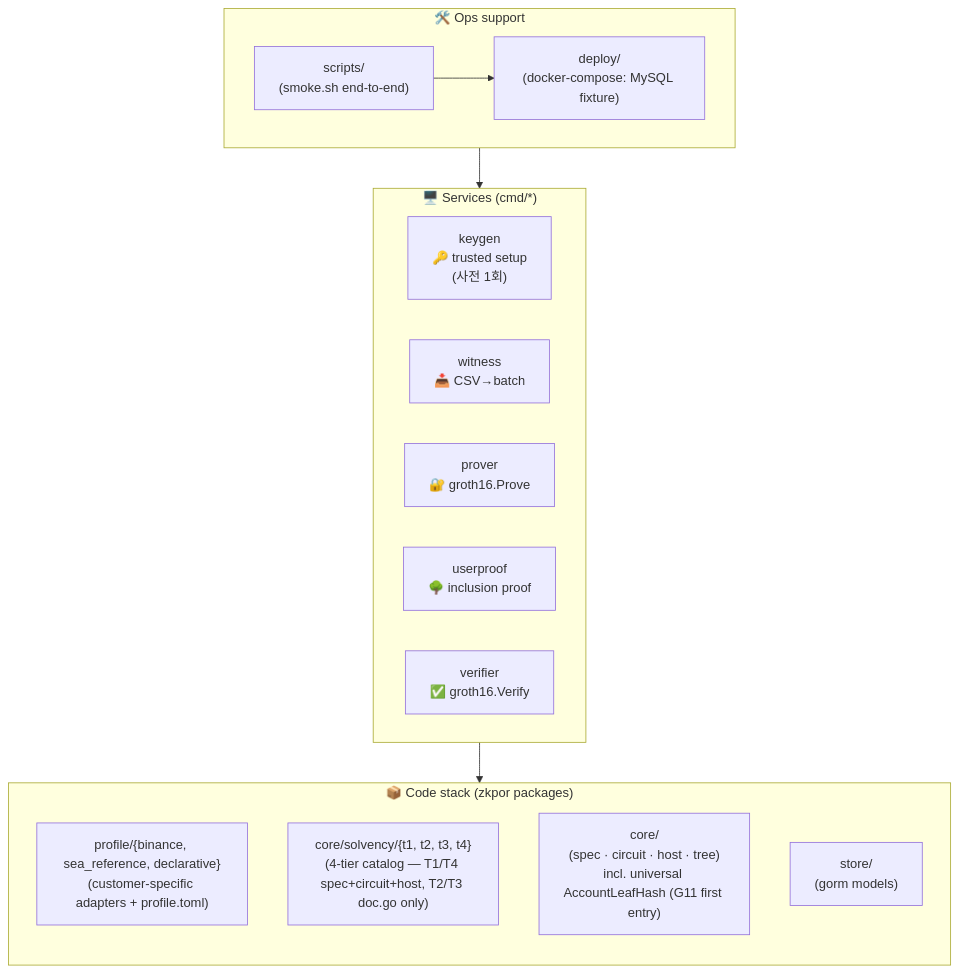
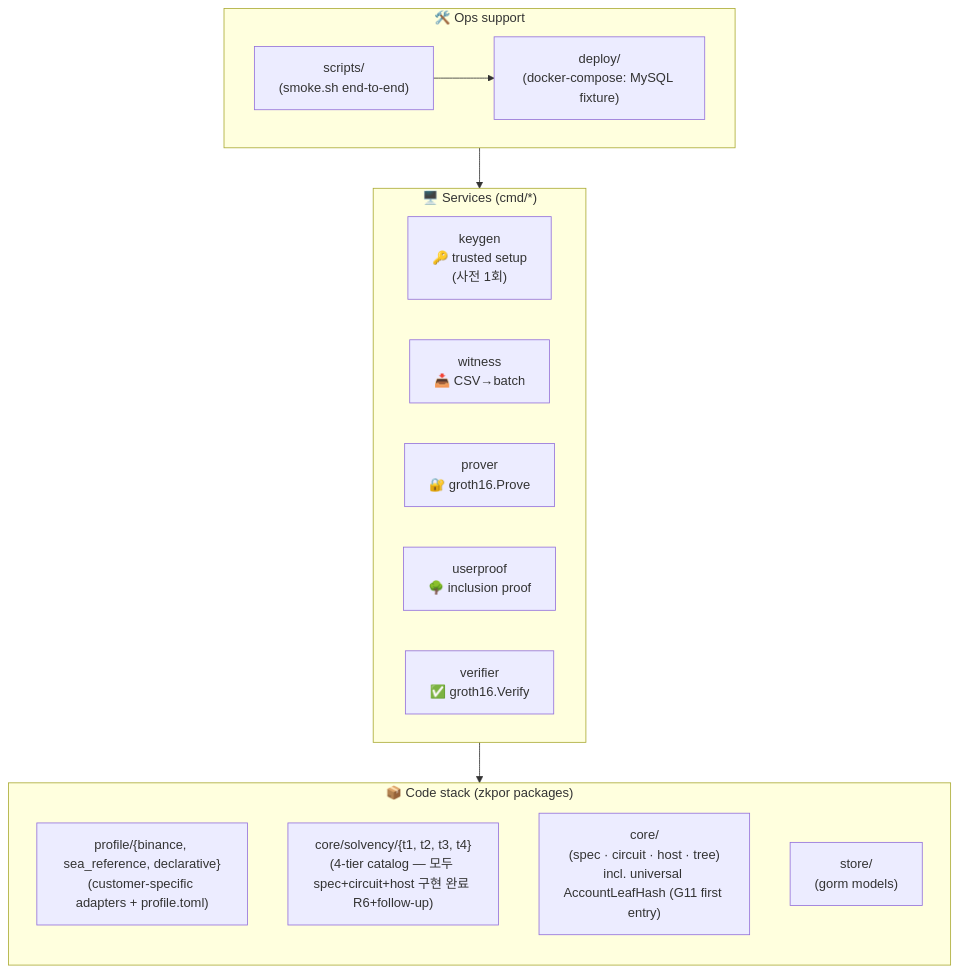
The second of 6 diagrams in docs/03-system-architecture.md (BetweenBits-org/zk-pos-ext), drawn with Mermaid before and after one commit. The commit also changed 4 other files, not shown here.

First line of the commit message:
docs(zkpor): T2/T3 close — 4 model catalog 구현 완료, R7 prep

````diff
--- a/docs/03-system-architecture.md
+++ b/docs/03-system-architecture.md
@@ -43,29 +43,29 @@
 ```mermaid
 flowchart TB
   subgraph Services["🖥️ Services (cmd/*)"]
     direction LR
     K["keygen<br/>🔑 trusted setup<br/>(사전 1회)"]
     W["witness<br/>📥 CSV→batch"]
     P["prover<br/>🔐 groth16.Prove"]
     U["userproof<br/>🌳 inclusion proof"]
     V["verifier<br/>✅ groth16.Verify"]
   end
 
   subgraph Code["📦 Code stack (zkpor packages)"]
     direction TB
     Profile["profile/{binance, sea_reference, declarative}<br/>(customer-specific adapters + profile.toml)"]
-    Model["core/solvency/{t1, t2, t3, t4}<br/>(4-tier catalog — T1/T4 spec+circuit+host, T2/T3 doc.go only)"]
+    Model["core/solvency/{t1, t2, t3, t4}<br/>(4-tier catalog — 모두 spec+circuit+host 구현 완료 R6+follow-up)"]
     Universal["core/<br/>(spec · circuit · host · tree)<br/>incl. universal AccountLeafHash (G11 first entry)"]
     Store["store/<br/>(gorm models)"]
   end
 
   subgraph Ops["🛠️ Ops support"]
     direction LR
     Deploy["deploy/<br/>(docker-compose: MySQL fixture)"]
     Scripts["scripts/<br/>(smoke.sh end-to-end)"]
   end
 
   Services --> Code
   Scripts --> Services
   Scripts --> Deploy
 ```
````
